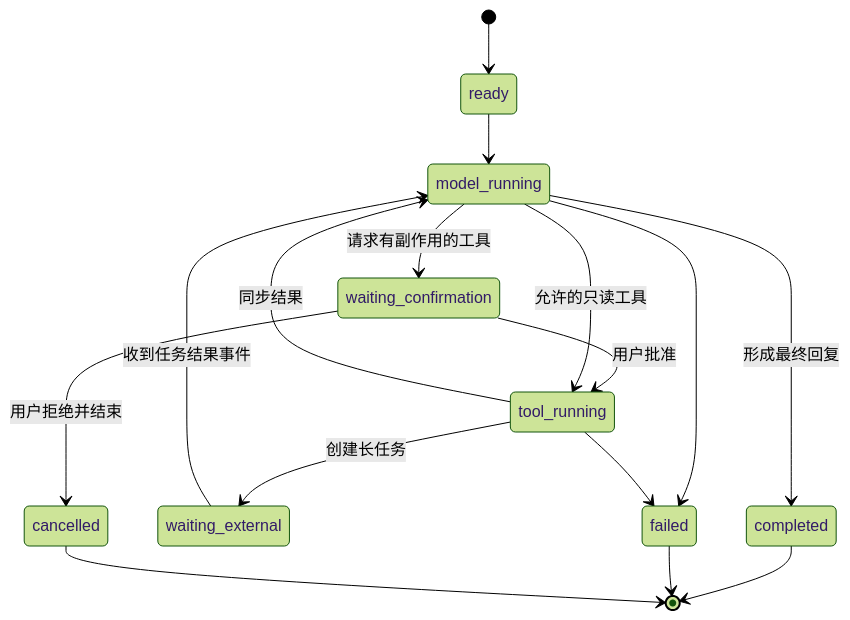
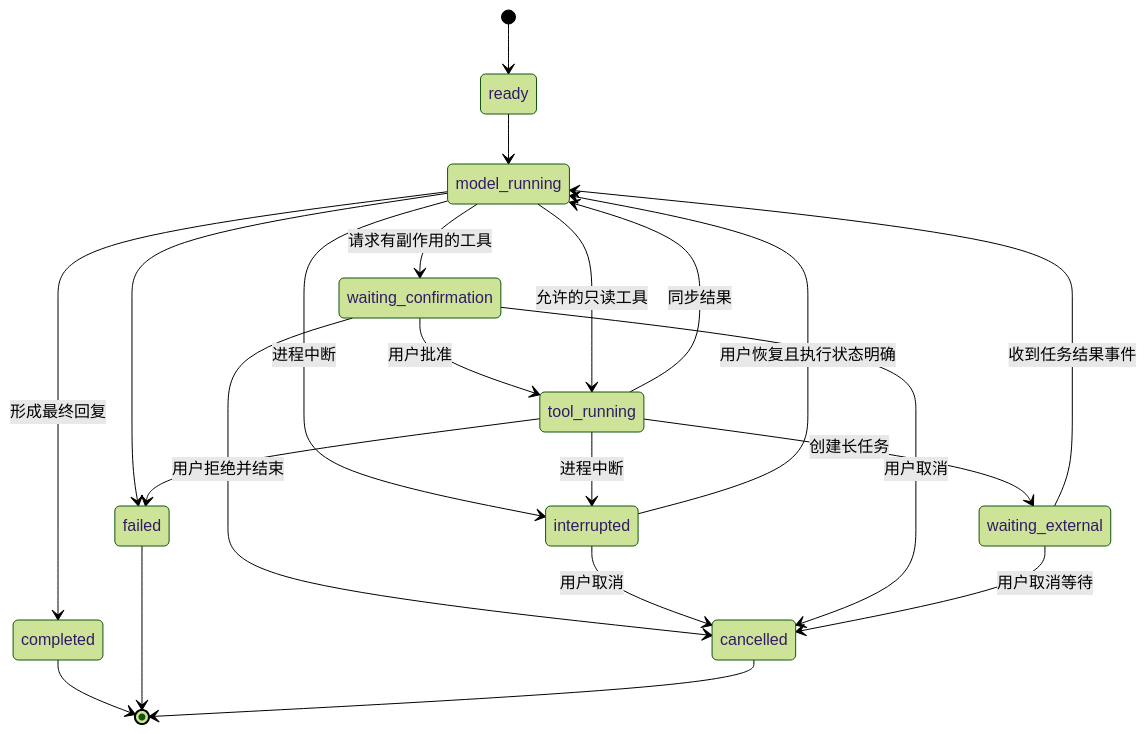
The fourth of 5 diagrams in docs/开发架构设计.md (haodijia/kunyu-geoagent), drawn with Mermaid (forest theme) before and after one commit. The commit also changed other lines of this file and 2 other files, not shown here.

Commit message:
docs: align architecture with phase one and plan phase two

````diff
--- a/docs/开发架构设计.md
+++ b/docs/开发架构设计.md
@@ -841,18 +850,24 @@
 ```mermaid
 stateDiagram-v2
     [*] --> ready
     ready --> model_running
     model_running --> waiting_confirmation: 请求有副作用的工具
     waiting_confirmation --> tool_running: 用户批准
     waiting_confirmation --> cancelled: 用户拒绝并结束
     model_running --> tool_running: 允许的只读工具
     tool_running --> model_running: 同步结果
     tool_running --> waiting_external: 创建长任务
     waiting_external --> model_running: 收到任务结果事件
     model_running --> completed: 形成最终回复
     model_running --> failed
     tool_running --> failed
+    model_running --> interrupted: 进程中断
+    tool_running --> interrupted: 进程中断
+    interrupted --> model_running: 用户恢复且执行状态明确
+    interrupted --> cancelled: 用户取消
+    waiting_confirmation --> cancelled: 用户取消
+    waiting_external --> cancelled: 用户取消等待
     completed --> [*]
     failed --> [*]
     cancelled --> [*]
 ```
````
